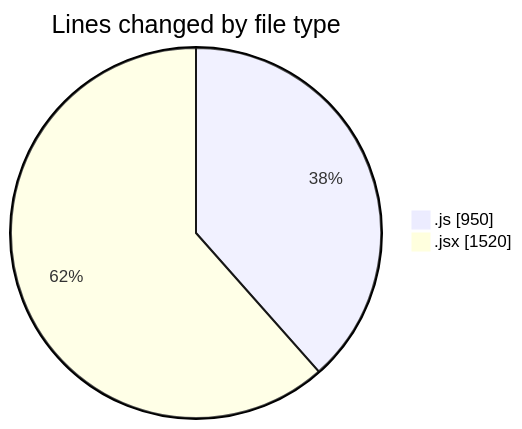
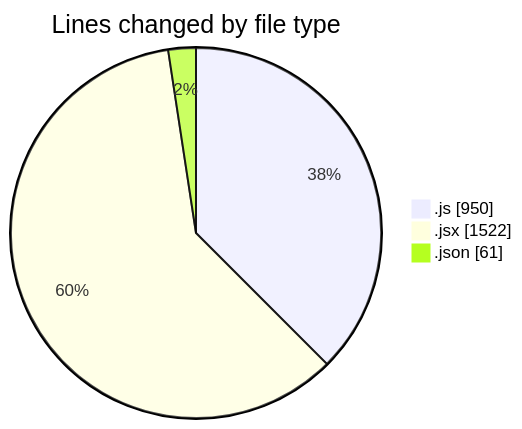
Before and after one commit to nxtqubesakshisongat/code-tracking: the first of 2 diagrams in 2025-08-07/nxtqube_webapp/README.md, drawn with Mermaid. The commit also changed other lines of this file and 1 other file, not shown here.

````diff
--- a/2025-08-07/nxtqube_webapp/README.md
+++ b/2025-08-07/nxtqube_webapp/README.md
@@ -24,6 +25,7 @@
 ```mermaid
 pie showData
 title Lines changed by file type
 ".js" : 950
-".jsx" : 1520
+".jsx" : 1522
+".json" : 61
 ```
````
